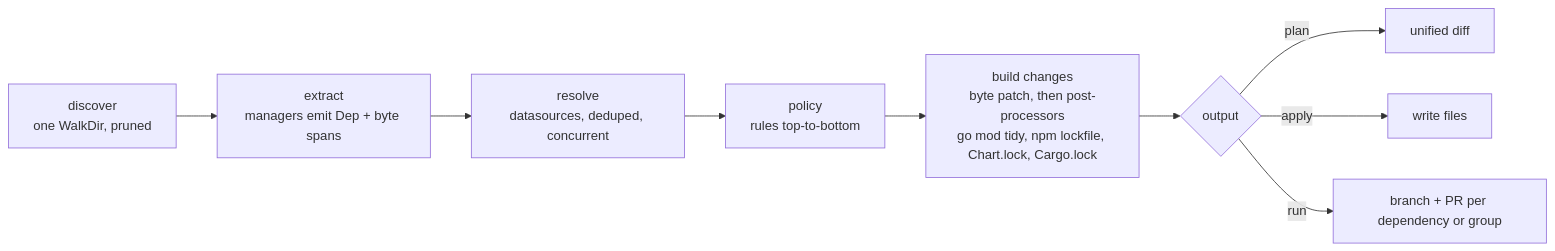
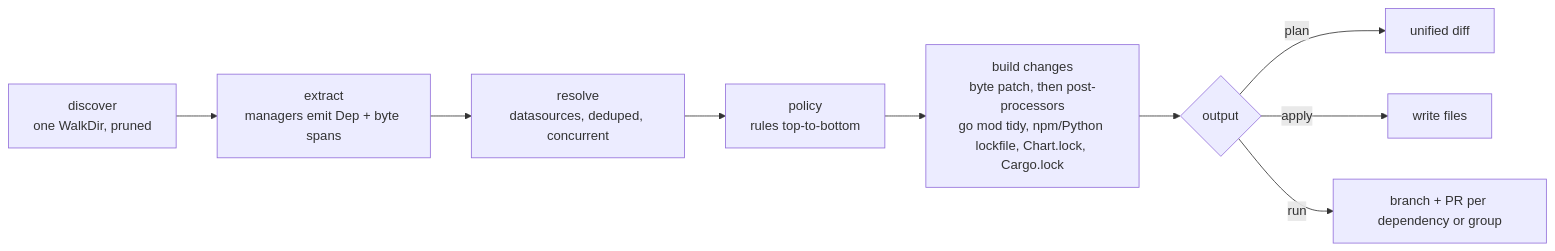
The diagram in docs/design.md (jakobmoellerdev/deps), drawn with Mermaid before and after one commit. The commit also changed other lines of this file and 105 other files, not shown here.

````diff
--- a/docs/design.md
+++ b/docs/design.md
@@ -15,11 +15,11 @@
 ```mermaid
 flowchart LR
     D[discover<br/>one WalkDir, pruned] --> E[extract<br/>managers emit Dep + byte spans]
     E --> R[resolve<br/>datasources, deduped, concurrent]
     R --> P[policy<br/>rules top-to-bottom]
-    P --> B[build changes<br/>byte patch, then post-processors<br/>go mod tidy, npm lockfile, Chart.lock, Cargo.lock]
+    P --> B[build changes<br/>byte patch, then post-processors<br/>go mod tidy, npm/Python lockfile, Chart.lock, Cargo.lock]
     B --> O{output}
     O -->|plan| O1[unified diff]
     O -->|apply| O2[write files]
     O -->|run| O3[branch + PR per dependency or group]
 ```
````
